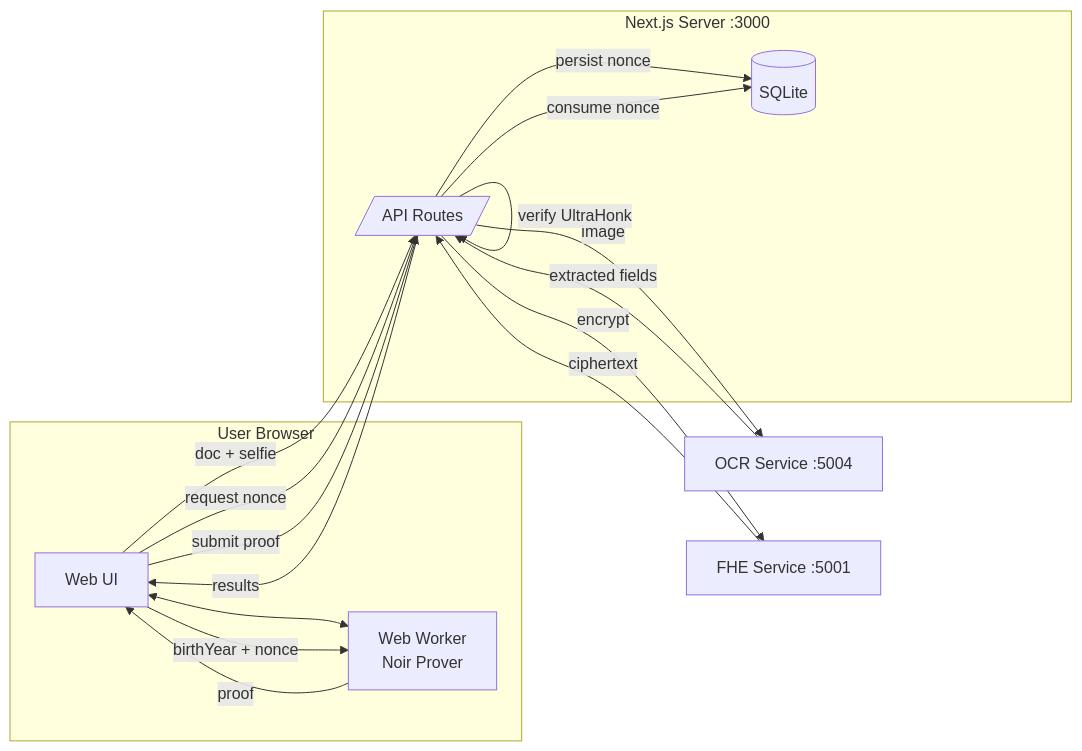
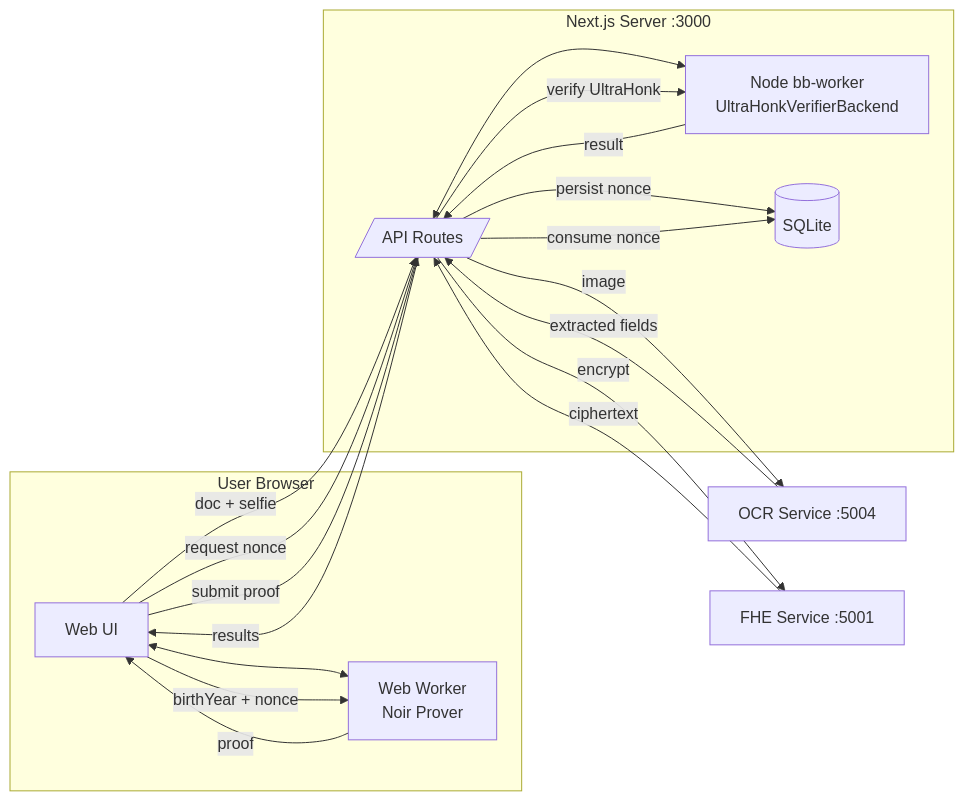
The first of 4 diagrams in docs/architecture.md (gustavovalverde/zentity), drawn with Mermaid before and after one commit. The commit also changed other lines of this file and 27 other files, not shown here.

````diff
--- a/docs/architecture.md
+++ b/docs/architecture.md
@@ -31,32 +31,35 @@
 ```mermaid
 flowchart LR
   subgraph B["User Browser"]
     UI["Web UI"]
     W["Web Worker<br/>Noir Prover"]
     UI <--> W
   end
 
   subgraph WEB["Next.js Server :3000"]
     API[/"API Routes"/]
+    BB["Node bb-worker<br/>UltraHonkVerifierBackend"]
     DB[("SQLite")]
+    API <--> BB
   end
 
   OCR["OCR Service :5004"]
   FHE["FHE Service :5001"]
 
   UI -->|doc + selfie| API
   API -->|image| OCR
   OCR -->|extracted fields| API
   API -->|results| UI
 
   UI -->|request nonce| API
   API -->|persist nonce| DB
   UI -->|birthYear + nonce| W
   W -->|proof| UI
   UI -->|submit proof| API
-  API -->|verify UltraHonk| API
+  API -->|verify UltraHonk| BB
+  BB -->|result| API
   API -->|consume nonce| DB
 
   API -->|encrypt| FHE
   FHE -->|ciphertext| API
 ```
````
